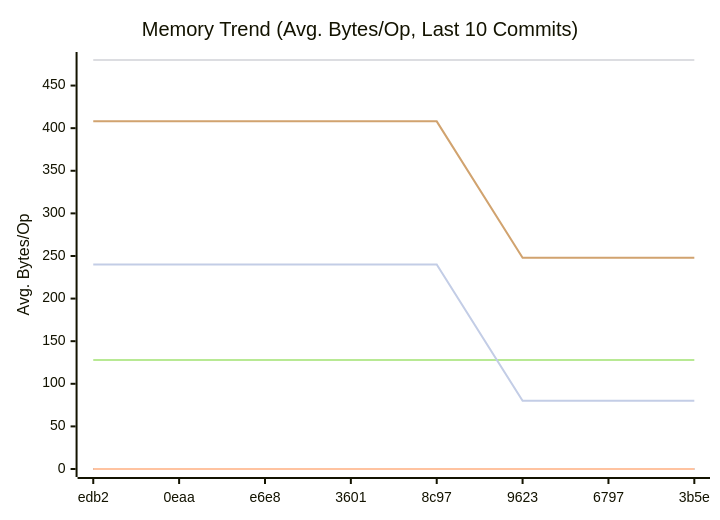
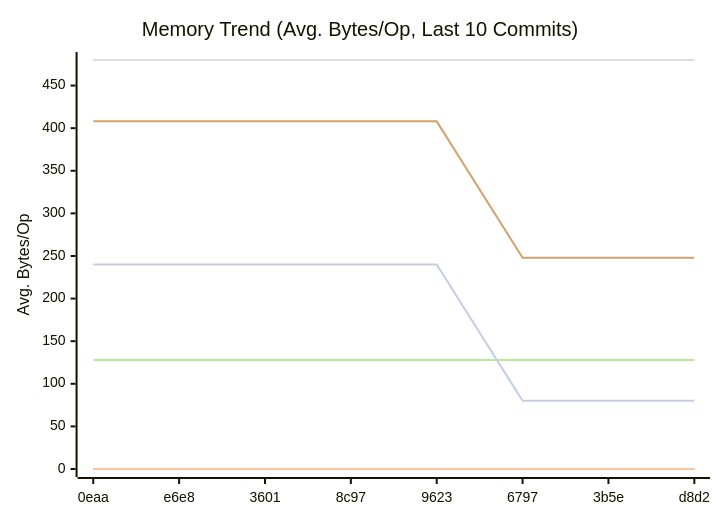
One commit to alsotoes/momo changed the second of 3 diagrams in docs/README.md. Above: the diagram before and after it, drawn with Mermaid. The commit also changed other lines of this file and 1 other file, not shown here.

````diff
--- a/docs/README.md
+++ b/docs/README.md
@@ -318,14 +318,14 @@
 ```mermaid
 xychart-beta
     title "Memory Trend (Avg. Bytes/Op, Last 10 Commits)"
     x-axis "Commit"
     y-axis "Avg. Bytes/Op"
-    x-axis [edb2,0eaa,e6e8,3601,8c97,9623,6797,3b5e]
+    x-axis [0eaa,e6e8,3601,8c97,9623,6797,3b5e,d8d2]
     line "CheckMetricsAndSwap" [0,0,0,0,0,0,0,0,0,0]
     line "IndexDirectTracking" [0,0,0,0,0,0,0,0,0,0]
     line "IndexSearch" [0,0,0,0,0,0,0,0,0,0]
     line "LoadGlobalConfig" [480,480,480,480,480,480,480,480,480,480]
     line "PadString" [128,128,128,128,128,128,128,128,128,128]
     line "ParseReplicationOrder_NoPrealloc" [408,408,408,408,408,248,248,248,248,248]
     line "ParseReplicationOrder_Prealloc" [240,240,240,240,240,80,80,80,80,80]
 ```
````
